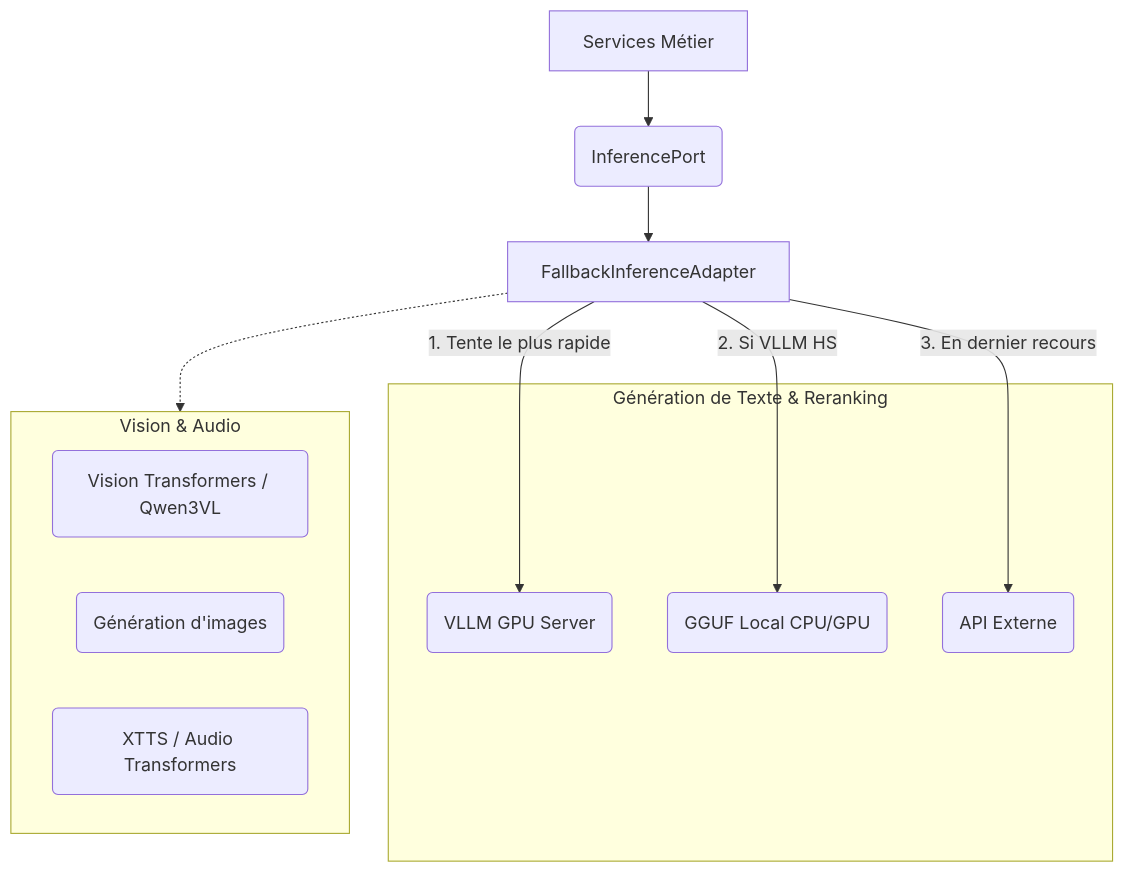
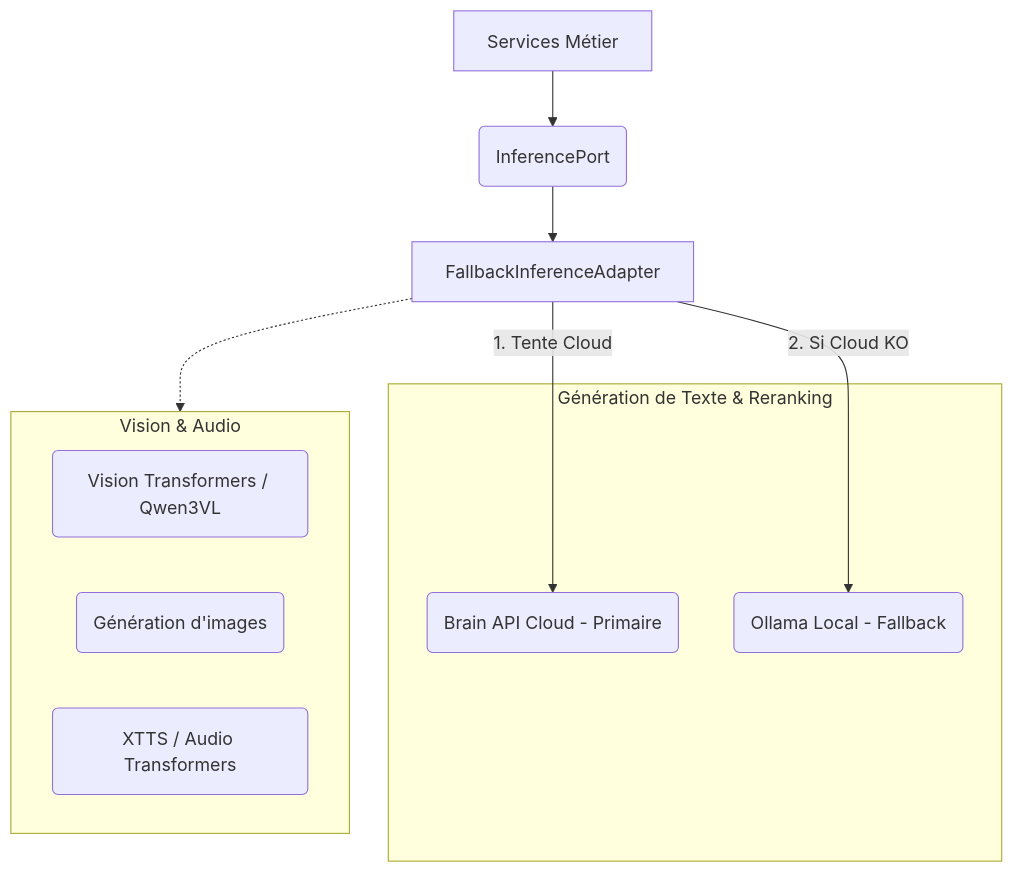
The third of 5 diagrams in docs/DIAGRAMMES.md (MissawB/Animetix), drawn with Mermaid before and after one commit. The commit also changed other lines of this file and 129 other files, not shown here.

````diff
--- a/docs/DIAGRAMMES.md
+++ b/docs/DIAGRAMMES.md
@@ -107,23 +110,21 @@
 ```mermaid
 graph TD
     App[Services Métier] --> Port(InferencePort)
     Port --> Fallback[FallbackInferenceAdapter]
     
     subgraph Moteurs_Texte [Génération de Texte & Reranking]
-        VLLM(VLLM GPU Server)
-        GGUF(GGUF Local CPU/GPU)
-        API(API Externe)
+        BrainAPI(Brain API Cloud - Primaire)
+        Ollama(Ollama Local - Fallback)
     end
     
     subgraph Multimodal [Vision & Audio]
         Vision(Vision Transformers / Qwen3VL)
         Diffusers(Génération d'images)
         Audio(XTTS / Audio Transformers)
     end
 
-    Fallback -->|1. Tente le plus rapide| VLLM
-    Fallback -->|2. Si VLLM HS| GGUF
-    Fallback -->|3. En dernier recours| API
+    Fallback -->|1. Tente Cloud| BrainAPI
+    Fallback -->|2. Si Cloud KO| Ollama
     
     Fallback -.-> Multimodal
 ```
````
